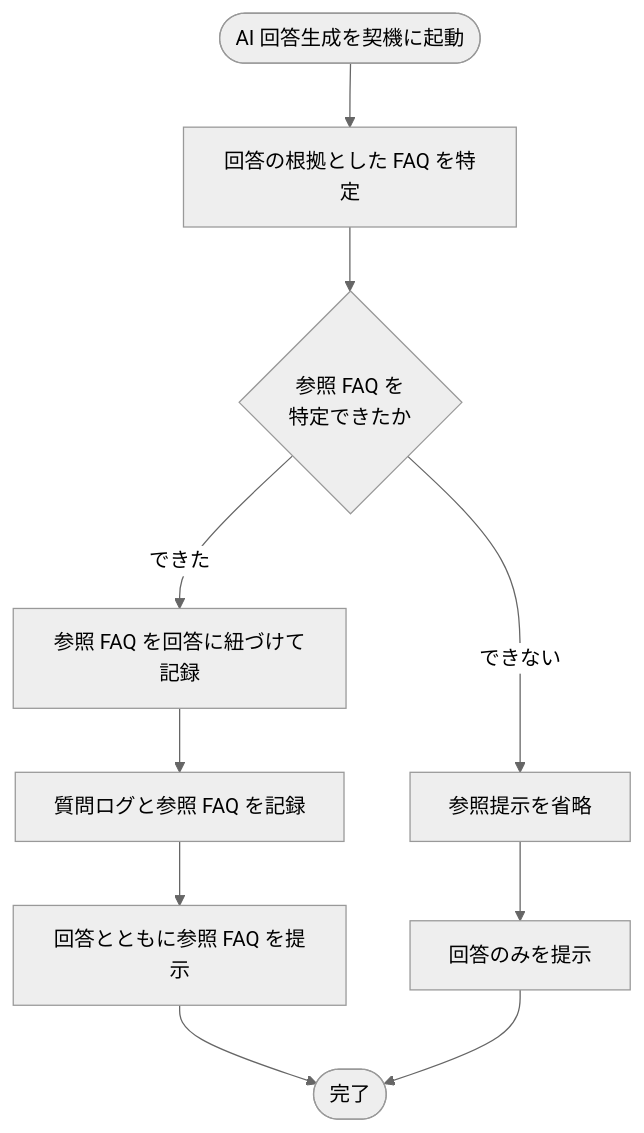
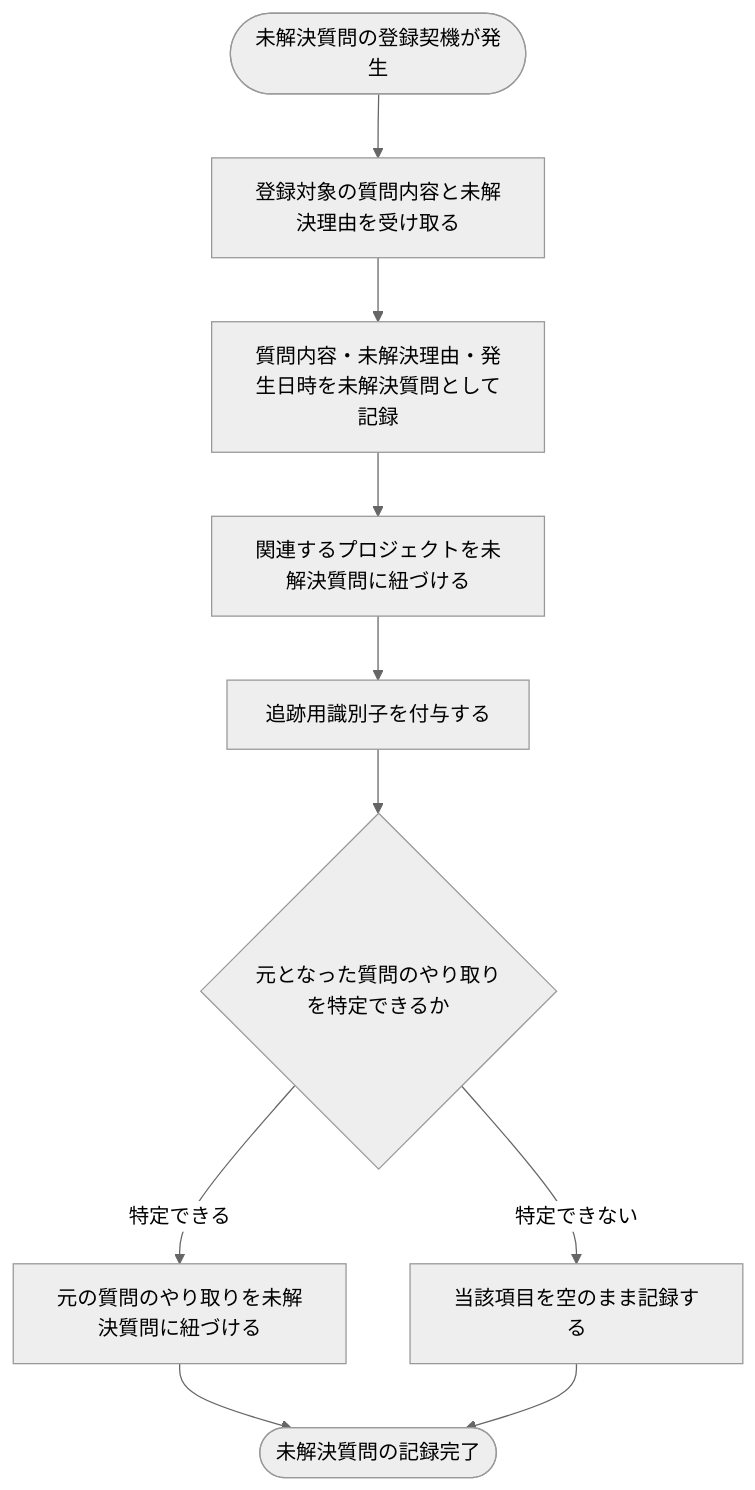
Before and after one commit to sikakou54/open-faq: the diagram in 02_basic_design/02_backend/01_system/SYS-003.md, drawn with Mermaid (neutral theme). The commit also changed other lines of this file and 395 other files, not shown here.

````diff
--- a/02_basic_design/02_backend/01_system/SYS-003.md
+++ b/02_basic_design/02_backend/01_system/SYS-003.md
@@ -25,12 +25,12 @@
 ```mermaid
 flowchart TB
-  S([AI 回答生成を契機に起動]) --> A[回答の根拠とした FAQ を特定]
-  A --> B{参照 FAQ を<br/>特定できたか}
-  B -- できた --> C[参照 FAQ を回答に紐づけて記録]
-  C --> D[質問ログと参照 FAQ を記録]
-  D --> E[回答とともに参照 FAQ を提示]
-  B -- できない --> F[参照提示を省略]
-  F --> G[回答のみを提示]
-  E --> H([完了])
-  G --> H
+  A([未解決質問の登録契機が発生]) --> B[登録対象の質問内容と未解決理由を受け取る]
+  B --> C[質問内容・未解決理由・発生日時を未解決質問として記録]
+  C --> D[関連するプロジェクトを未解決質問に紐づける]
+  D --> E[追跡用識別子を付与する]
+  E --> F{元となった質問のやり取りを特定できるか}
+  F -->|特定できる| G[元の質問のやり取りを未解決質問に紐づける]
+  F -->|特定できない| H[当該項目を空のまま記録する]
+  G --> I([未解決質問の記録完了])
+  H --> I
 ```
````
